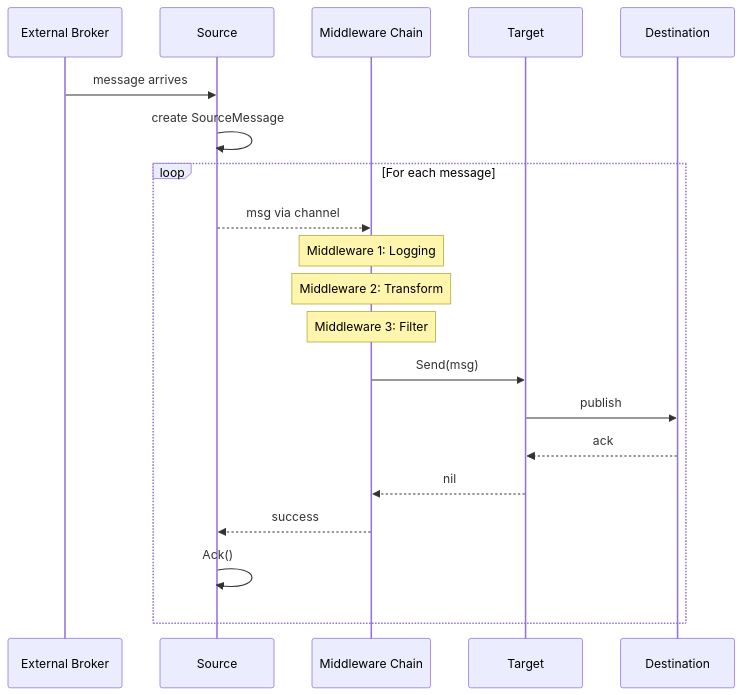
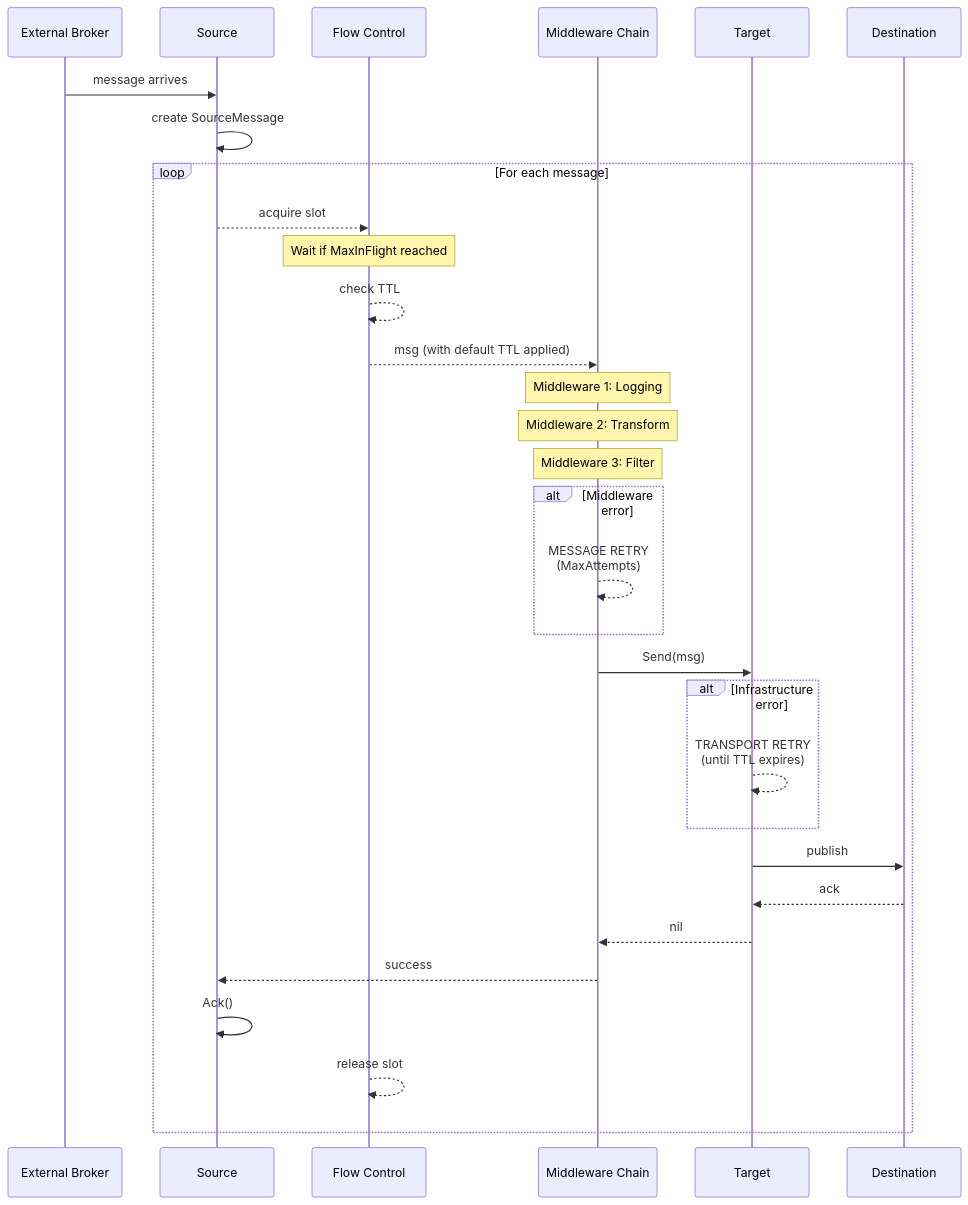
Before and after one commit to mariotoffia/gobridge: the fourth of 9 diagrams in bridge/types/ARCHITECTURE.md, drawn with Mermaid. The commit also changed other lines of this file and 14 other files, not shown here.

First line of the commit message:
Add transport retry and flow control configurations to Bridge and Pipeline implementations

````diff
--- a/bridge/types/ARCHITECTURE.md
+++ b/bridge/types/ARCHITECTURE.md
@@ -226,26 +264,40 @@
 ```mermaid
 sequenceDiagram
     participant Broker as External Broker
     participant Src as Source
+    participant FC as Flow Control
     participant Chain as Middleware Chain
     participant Tgt as Target
     participant Dest as Destination
     
     Broker->>Src: message arrives
     Src->>Src: create SourceMessage
     
     loop For each message
-        Src-->>Chain: msg via channel
+        Src-->>FC: acquire slot
+        Note over FC: Wait if MaxInFlight reached
+        FC-->>FC: check TTL
+        FC-->>Chain: msg (with default TTL applied)
         
         Note over Chain: Middleware 1: Logging
-        Note over Chain: Middleware 2: Transform
+        Note over Chain: Middleware 2: Transform  
         Note over Chain: Middleware 3: Filter
         
+        alt Middleware error
+            Chain-->>Chain: MESSAGE RETRY<br/>(MaxAttempts)
+        end
+        
         Chain->>Tgt: Send(msg)
+        
+        alt Infrastructure error
+            Tgt-->>Tgt: TRANSPORT RETRY<br/>(until TTL expires)
+        end
+        
         Tgt->>Dest: publish
         Dest-->>Tgt: ack
         Tgt-->>Chain: nil
         Chain-->>Src: success
         Src->>Src: Ack()
+        FC-->>FC: release slot
     end
 ```
````
